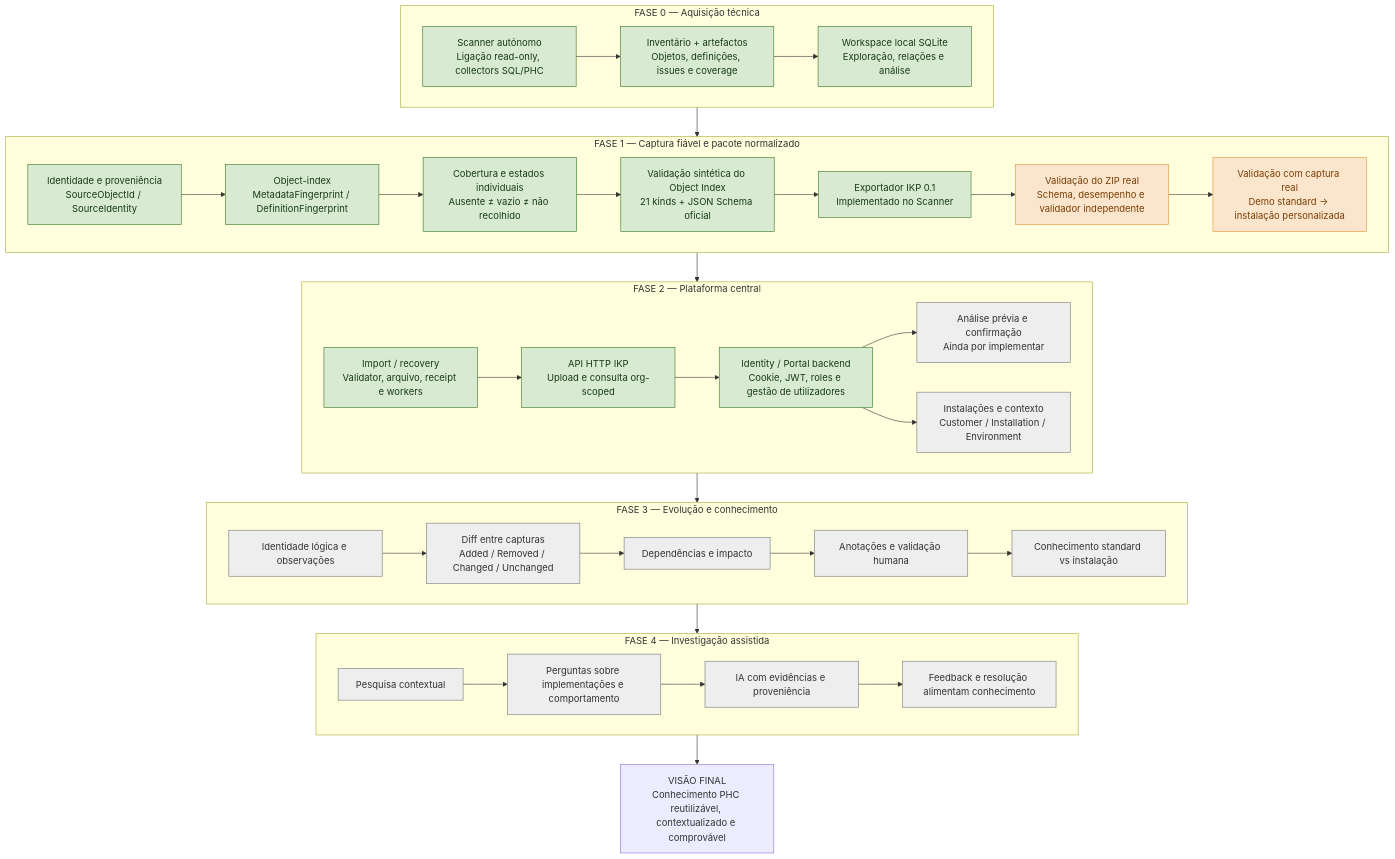
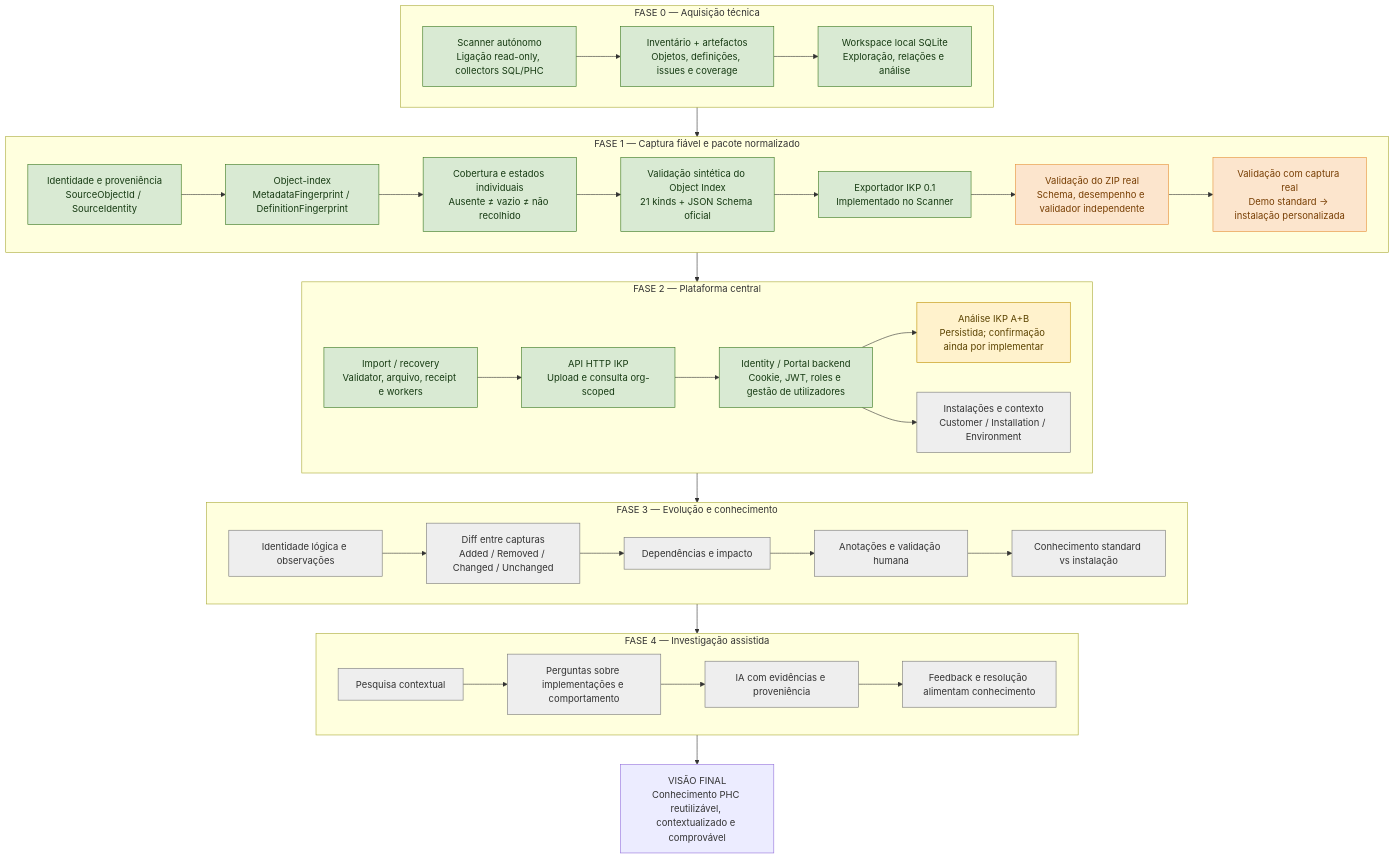
One commit to Jhouinho/PhcKnowledge changed the diagram in docs/architecture/roadmap-visual-phc-knowledge-2026-11-06.md. Above: the diagram before and after it, drawn with Mermaid. The commit also changed other lines of this file and 2 other files, not shown here.

First line of the commit message:
docs(ikp): close increments A and B

````diff
--- a/docs/architecture/roadmap-visual-phc-knowledge-2026-11-06.md
+++ b/docs/architecture/roadmap-visual-phc-knowledge-2026-11-06.md
@@ -29,69 +29,70 @@
 ```mermaid
 flowchart TB
     V["VISÃO FINAL<br/>Conhecimento PHC reutilizável, contextualizado e comprovável"]
 
     subgraph P0["FASE 0 — Aquisição técnica"]
       A1["Scanner autónomo<br/>Ligação read-only, collectors SQL/PHC"]
       A2["Inventário + artefactos<br/>Objetos, definições, issues e coverage"]
       A3["Workspace local SQLite<br/>Exploração, relações e análise"]
       A1 --> A2 --> A3
     end
 
     subgraph P1["FASE 1 — Captura fiável e pacote normalizado"]
       B1["Identidade e proveniência<br/>SourceObjectId / SourceIdentity"]
       B2["Object-index<br/>MetadataFingerprint / DefinitionFingerprint"]
       B3["Cobertura e estados individuais<br/>Ausente ≠ vazio ≠ não recolhido"]
       B4["Validação sintética do Object Index<br/>21 kinds + JSON Schema oficial"]
       B5["Exportador IKP 0.1<br/>Implementado no Scanner"]
       B6["Validação do ZIP real<br/>Schema, desempenho e validador independente"]
       B7["Validação com captura real<br/>Demo standard → instalação personalizada"]
       B1 --> B2
       B2 --> B3
       B3 --> B4 --> B5 --> B6 --> B7
     end
 
     subgraph P2["FASE 2 — Plataforma central"]
       C1["Import / recovery<br/>Validator, arquivo, receipt e workers"]
       C2["API HTTP IKP<br/>Upload e consulta org-scoped"]
       C3["Identity / Portal backend<br/>Cookie, JWT, roles e gestão de utilizadores"]
-      C4["Análise prévia e confirmação<br/>Ainda por implementar"]
+      C4["Análise IKP A+B<br/>Persistida; confirmação ainda por implementar"]
       C5["Instalações e contexto<br/>Customer / Installation / Environment"]
       C1 --> C2 --> C3
       C3 --> C4
       C3 --> C5
     end
 
     subgraph P3["FASE 3 — Evolução e conhecimento"]
       D1["Identidade lógica e observações"]
       D2["Diff entre capturas<br/>Added / Removed / Changed / Unchanged"]
       D3["Dependências e impacto"]
       D4["Anotações e validação humana"]
       D5["Conhecimento standard vs instalação"]
       D1 --> D2 --> D3
       D3 --> D4 --> D5
     end
 
     subgraph P4["FASE 4 — Investigação assistida"]
       E1["Pesquisa contextual"]
       E2["Perguntas sobre implementações e comportamento"]
       E3["IA com evidências e proveniência"]
       E4["Feedback e resolução alimentam conhecimento"]
       E1 --> E2 --> E3 --> E4
     end
 
     V
     P0 --> P1 --> P2 --> P3 --> P4 --> V
 
     classDef done fill:#d9ead3,stroke:#38761d,color:#173b13
     classDef progress fill:#fff2cc,stroke:#bf9000,color:#5b4300
     classDef pending fill:#eeeeee,stroke:#777,color:#333
     classDef validation fill:#fce5cd,stroke:#e69138,color:#783f04
 
     class A1,A2,A3 done
     class B1,B2,B3,B4 done
     class B5 done
     class B6,B7 validation
     class C1,C2,C3 done
-    class C4,C5,D1,D2,D3,D4,E1,E2,E3,E4 pending
+    class C4 progress
+    class C5,D1,D2,D3,D4,E1,E2,E3,E4 pending
     class D5 pending
 ```
````
